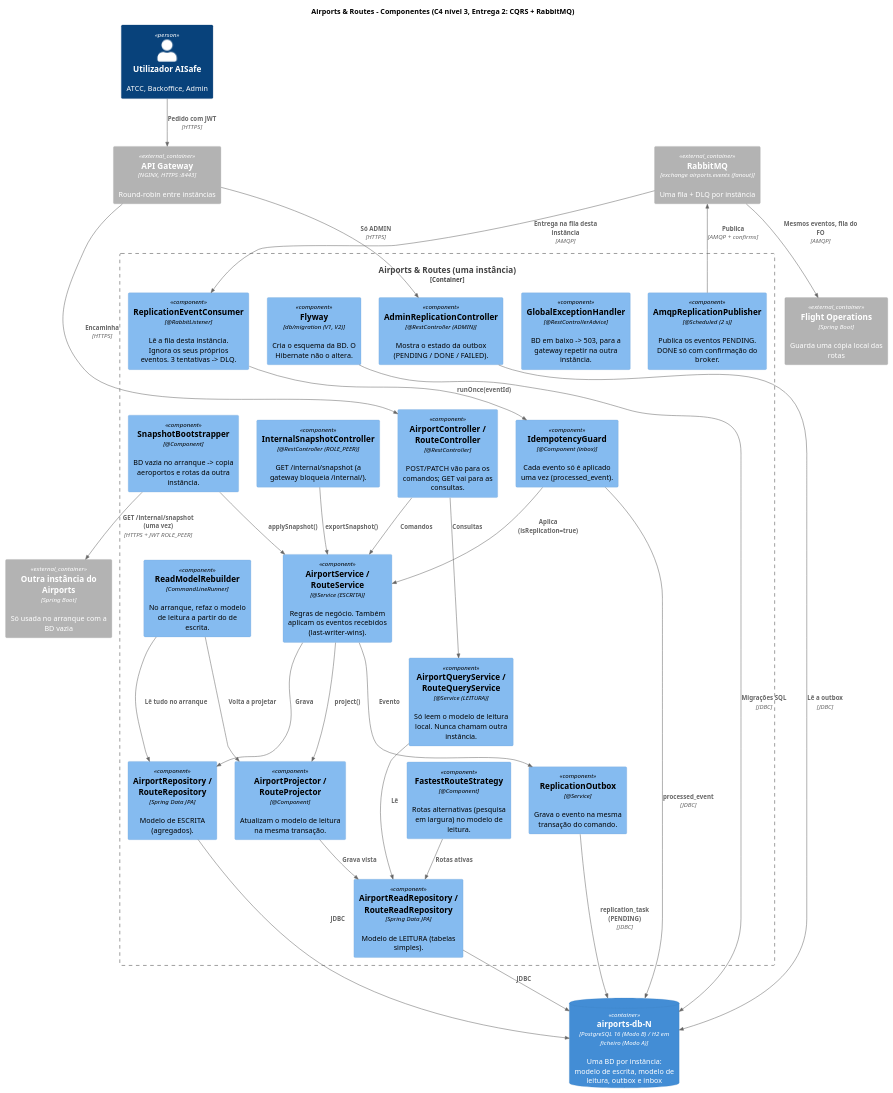
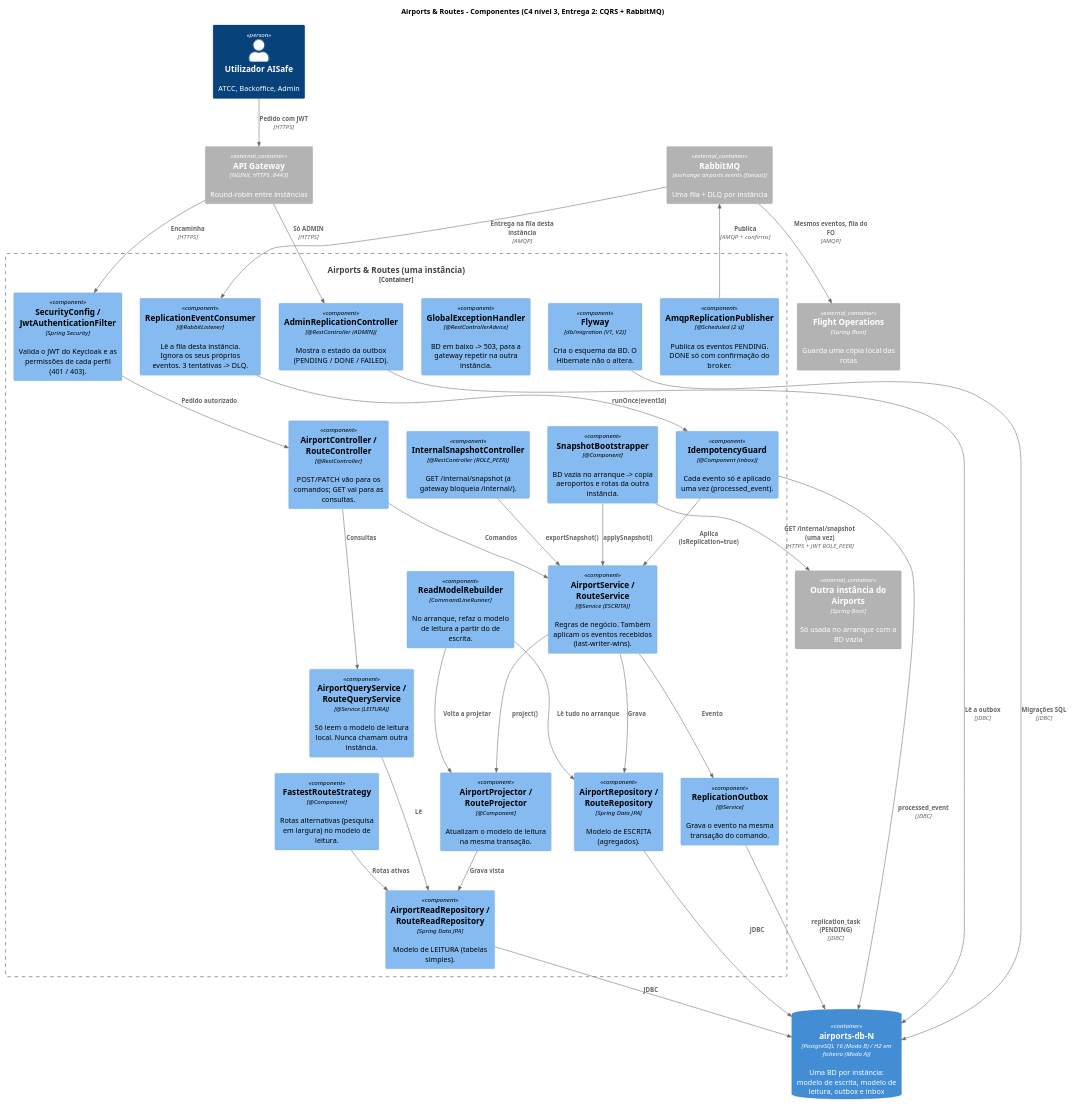
The diagram in Services/Airport e Routes/airports-routes-service/docs/E2/c4-component-airports-routes-p2.puml (anamartasilvaa/SIDIG_AI_Safe), drawn with PlantUML before and after one commit. The commit also changed 5 other files, not shown here.

```diff
--- a/Services/Airport e Routes/airports-routes-service/docs/E2/c4-component-airports-routes-p2.puml
+++ b/Services/Airport e Routes/airports-routes-service/docs/E2/c4-component-airports-routes-p2.puml
@@ -1,66 +1,68 @@
 @startuml c4-component-airports-routes-p2
 !include <C4/C4_Component>
 LAYOUT_TOP_DOWN()
 
 title Airports & Routes - Componentes (C4 nível 3, Entrega 2: CQRS + RabbitMQ)
 
 Person(client, "Utilizador AISafe", "ATCC, Backoffice, Admin")
 Container_Ext(gateway, "API Gateway", "NGINX, HTTPS :8443", "Round-robin entre instâncias")
 Container_Ext(broker, "RabbitMQ", "exchange airports.events (fanout)", "Uma fila + DLQ por instância")
 Container_Ext(fo, "Flight Operations", "Spring Boot", "Guarda uma cópia local das rotas")
 Container_Ext(peer, "Outra instância do Airports", "Spring Boot", "Só usada no arranque com a BD vazia")
 
 ContainerDb(db, "airports-db-N", "PostgreSQL 16 (Modo B) / H2 em ficheiro (Modo A)", "Uma BD por instância: modelo de escrita, modelo de leitura, outbox e inbox")
 
 Container_Boundary(ar, "Airports & Routes (uma instância)") {
+    Component(sec, "SecurityConfig / JwtAuthenticationFilter", "Spring Security", "Valida o JWT do Keycloak e as permissões de cada perfil (401 / 403).")
     Component(ctrl, "AirportController / RouteController", "@RestController", "POST/PATCH vão para os comandos; GET vai para as consultas.")
     Component(admin, "AdminReplicationController", "@RestController (ADMIN)", "Mostra o estado da outbox (PENDING / DONE / FAILED).")
     Component(errors, "GlobalExceptionHandler", "@RestControllerAdvice", "BD em baixo -> 503, para a gateway repetir na outra instância.")
 
     Component(cmdSvc, "AirportService / RouteService", "@Service (ESCRITA)", "Regras de negócio. Também aplicam os eventos recebidos (last-writer-wins).")
     Component(proj, "AirportProjector / RouteProjector", "@Component", "Atualizam o modelo de leitura na mesma transação.")
     Component(qrySvc, "AirportQueryService / RouteQueryService", "@Service (LEITURA)", "Só leem o modelo de leitura local. Nunca chamam outra instância.")
     Component(bfs, "FastestRouteStrategy", "@Component", "Rotas alternativas (pesquisa em largura) no modelo de leitura.")
 
     Component(writeRepo, "AirportRepository / RouteRepository", "Spring Data JPA", "Modelo de ESCRITA (agregados).")
     Component(readRepo, "AirportReadRepository / RouteReadRepository", "Spring Data JPA", "Modelo de LEITURA (tabelas simples).")
     Component(rebuild, "ReadModelRebuilder", "CommandLineRunner", "No arranque, refaz o modelo de leitura a partir do de escrita.")
     Component(snap, "SnapshotBootstrapper", "@Component", "BD vazia no arranque -> copia aeroportos e rotas da outra instância.")
     Component(internal, "InternalSnapshotController", "@RestController (ROLE_PEER)", "GET /internal/snapshot (a gateway bloqueia /internal/).")
     Component(flyway, "Flyway", "db/migration (V1, V2)", "Cria o esquema da BD. O Hibernate não o altera.")
 
     Component(outbox, "ReplicationOutbox", "@Service", "Grava o evento na mesma transação do comando.")
     Component(pub, "AmqpReplicationPublisher", "@Scheduled (2 s)", "Publica os eventos PENDING. DONE só com confirmação do broker.")
     Component(cons, "ReplicationEventConsumer", "@RabbitListener", "Lê a fila desta instância. Ignora os seus próprios eventos. 3 tentativas -> DLQ.")
     Component(inbox, "IdempotencyGuard", "@Component (inbox)", "Cada evento só é aplicado uma vez (processed_event).")
 }
 
 Rel(client, gateway, "Pedido com JWT", "HTTPS")
-Rel(gateway, ctrl, "Encaminha", "HTTPS")
+Rel(gateway, sec, "Encaminha", "HTTPS")
+Rel(sec, ctrl, "Pedido autorizado")
 Rel(gateway, admin, "Só ADMIN", "HTTPS")
 
 Rel(ctrl, cmdSvc, "Comandos")
 Rel(ctrl, qrySvc, "Consultas")
 Rel(cmdSvc, writeRepo, "Grava")
 Rel(cmdSvc, proj, "project()")
 Rel(proj, readRepo, "Grava vista")
 Rel(cmdSvc, outbox, "Evento")
 Rel(outbox, db, "replication_task (PENDING)", "JDBC")
 Rel(pub, broker, "Publica", "AMQP + confirms")
 Rel(broker, cons, "Entrega na fila desta instância", "AMQP")
 Rel(broker, fo, "Mesmos eventos, fila do FO", "AMQP")
 Rel(cons, inbox, "runOnce(eventId)")
 Rel(inbox, cmdSvc, "Aplica (isReplication=true)")
 Rel(inbox, db, "processed_event", "JDBC")
 Rel(qrySvc, readRepo, "Lê")
 Rel(bfs, readRepo, "Rotas ativas")
 Rel(admin, db, "Lê a outbox", "JDBC")
 Rel(rebuild, writeRepo, "Lê tudo no arranque")
 Rel(rebuild, proj, "Volta a projetar")
 Rel(snap, peer, "GET /internal/snapshot (uma vez)", "HTTPS + JWT ROLE_PEER")
 Rel(snap, cmdSvc, "applySnapshot()")
 Rel(internal, cmdSvc, "exportSnapshot()")
 Rel(flyway, db, "Migrações SQL", "JDBC")
 Rel(writeRepo, db, "JDBC")
 Rel(readRepo, db, "JDBC")
 @enduml
```
